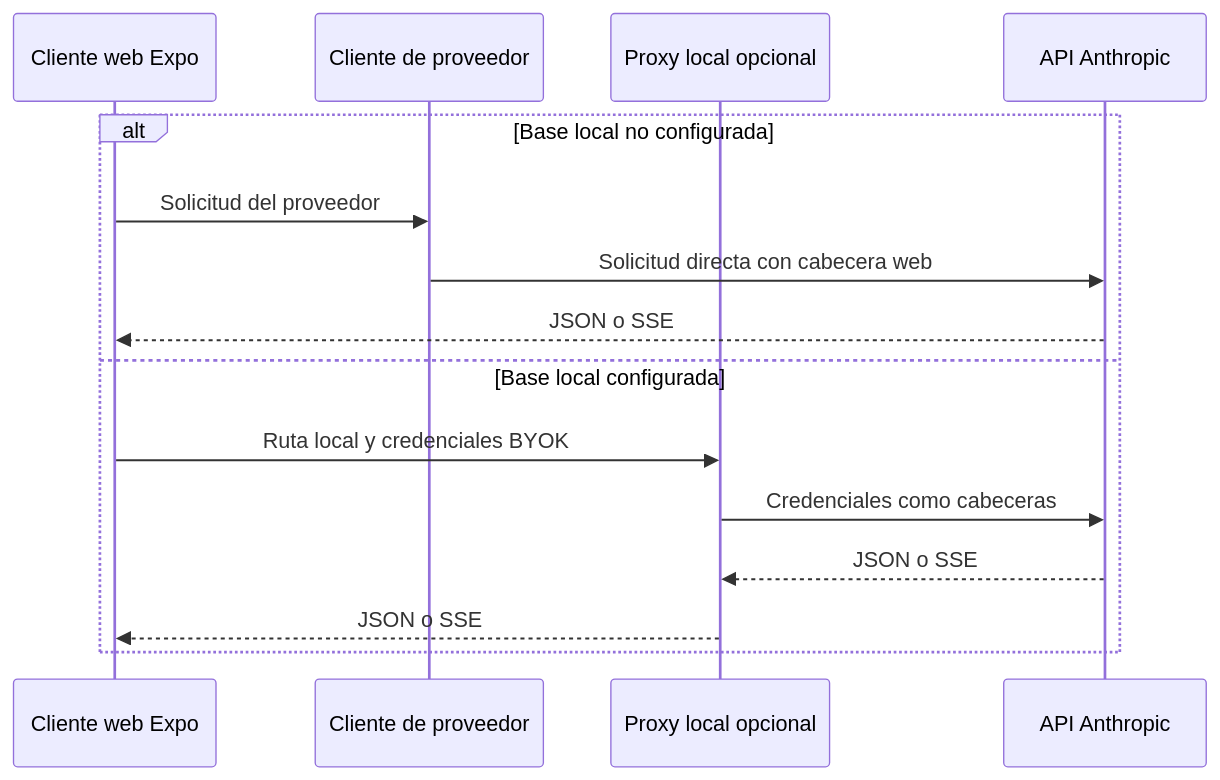
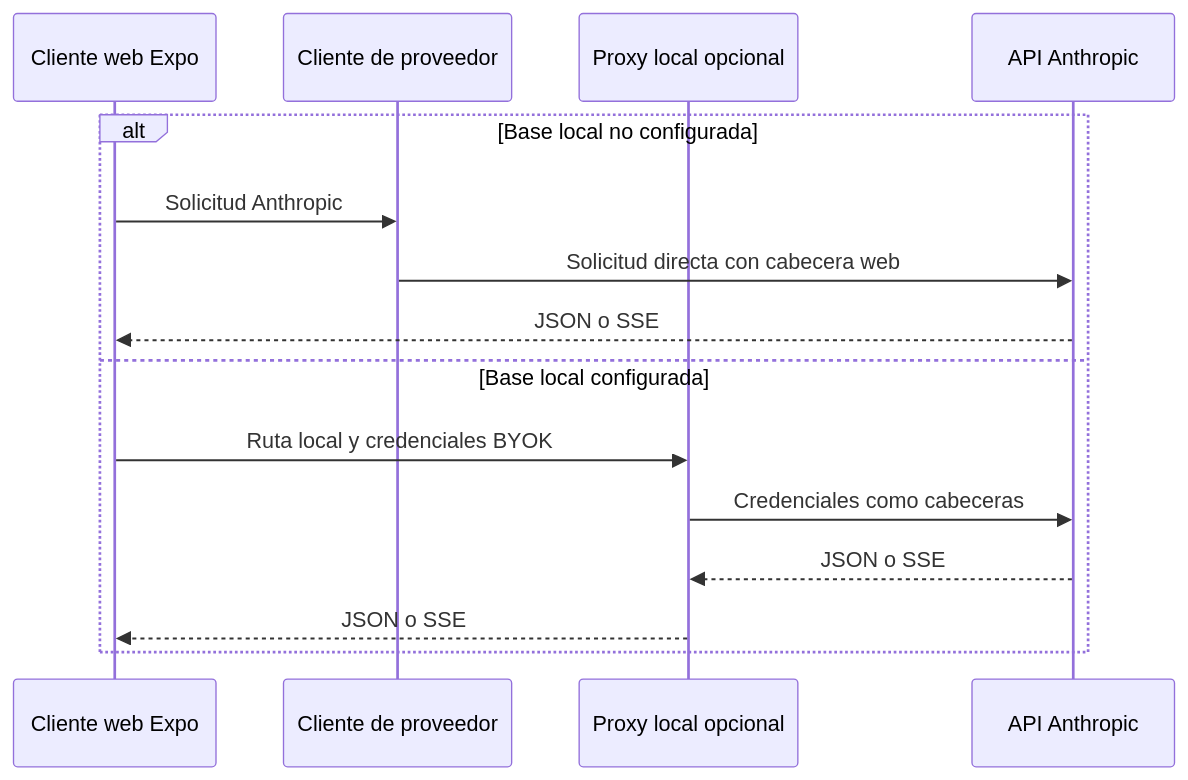
The diagram in openwiki/services/anthropic-proxy.md (maximofn/gymnasia), drawn with Mermaid before and after one commit. The commit also changed other lines of this file and 39 other files, not shown here.

````diff
--- a/openwiki/services/anthropic-proxy.md
+++ b/openwiki/services/anthropic-proxy.md
@@ -56,17 +65,17 @@
 ```mermaid
 sequenceDiagram
     participant Browser as Cliente web Expo
-    participant App as Cliente de proveedor
+    participant Client as Cliente de proveedor
     participant Proxy as Proxy local opcional
     participant Anthropic as API Anthropic
     alt Base local no configurada
-        Browser->>App: Solicitud del proveedor
-        App->>Anthropic: Solicitud directa con cabecera web
+        Browser->>Client: Solicitud Anthropic
+        Client->>Anthropic: Solicitud directa con cabecera web
         Anthropic-->>Browser: JSON o SSE
     else Base local configurada
         Browser->>Proxy: Ruta local y credenciales BYOK
         Proxy->>Anthropic: Credenciales como cabeceras
         Anthropic-->>Proxy: JSON o SSE
         Proxy-->>Browser: JSON o SSE
     end
 ```
````
